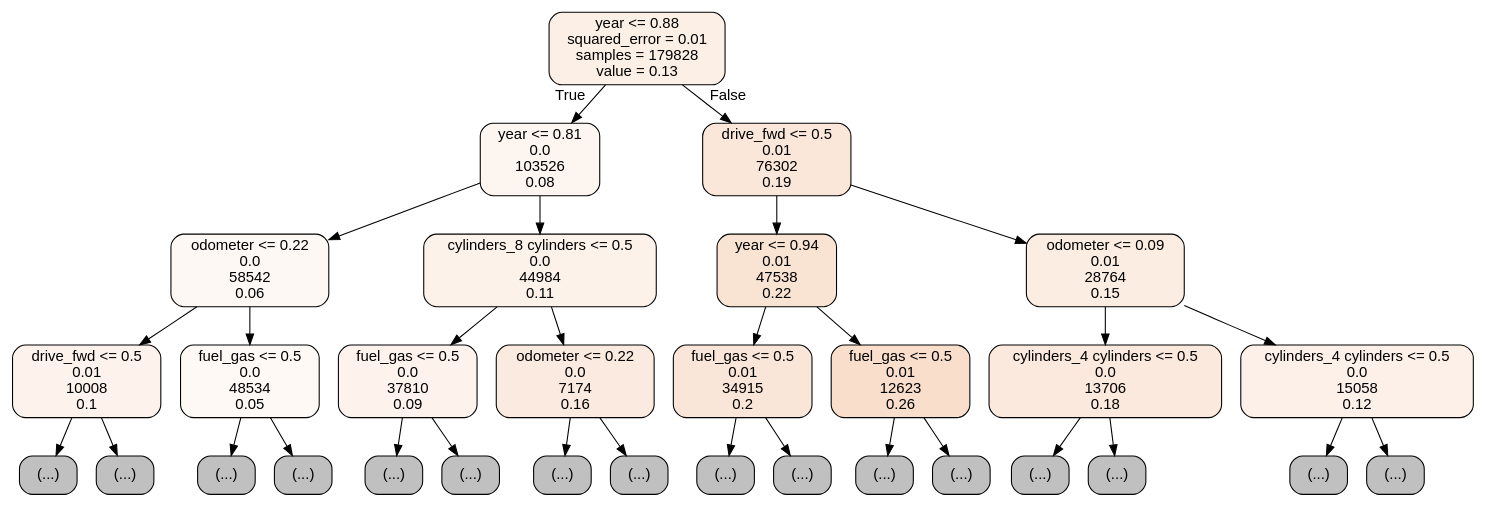
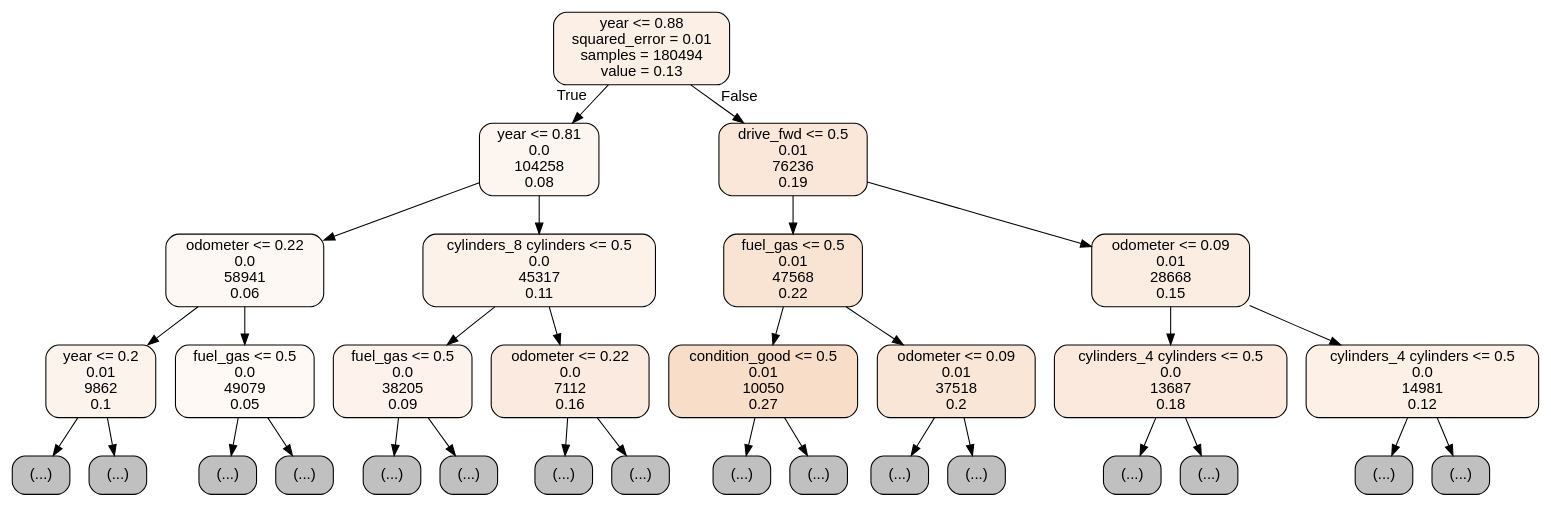
Before and after one commit to biancaportela/vendas_carros: the diagram in tree.dot, drawn with Graphviz. The commit also changed 1 other file, not shown here.

```diff
--- a/tree.dot
+++ b/tree.dot
@@ -1,65 +1,65 @@
 digraph Tree {
 node [shape=box, style="filled, rounded", color="black", fontname="helvetica"] ;
 edge [fontname="helvetica"] ;
-0 [label="year <= 0.88\nsquared_error = 0.01\nsamples = 179828\nvalue = 0.13", fillcolor="#fcefe6"] ;
-1 [label="year <= 0.81\n0.0\n103526\n0.08", fillcolor="#fdf5f0"] ;
+0 [label="year <= 0.88\nsquared_error = 0.01\nsamples = 180494\nvalue = 0.13", fillcolor="#fcefe6"] ;
+1 [label="year <= 0.81\n0.0\n104258\n0.08", fillcolor="#fdf5f0"] ;
 0 -> 1 [labeldistance=2.5, labelangle=45, headlabel="True"] ;
-2 [label="odometer <= 0.22\n0.0\n58542\n0.06", fillcolor="#fef8f4"] ;
+2 [label="odometer <= 0.22\n0.0\n58941\n0.06", fillcolor="#fef8f4"] ;
 1 -> 2 ;
-3 [label="drive_fwd <= 0.5\n0.01\n10008\n0.1", fillcolor="#fdf3ec"] ;
+3 [label="year <= 0.2\n0.01\n9862\n0.1", fillcolor="#fcf3ec"] ;
 2 -> 3 ;
 4 [label="(...)", fillcolor="#C0C0C0"] ;
 3 -> 4 ;
-10929 [label="(...)", fillcolor="#C0C0C0"] ;
-3 -> 10929 ;
-15788 [label="fuel_gas <= 0.5\n0.0\n48534\n0.05", fillcolor="#fef9f5"] ;
-2 -> 15788 ;
-15789 [label="(...)", fillcolor="#C0C0C0"] ;
-15788 -> 15789 ;
-22046 [label="(...)", fillcolor="#C0C0C0"] ;
-15788 -> 22046 ;
-94637 [label="cylinders_8 cylinders <= 0.5\n0.0\n44984\n0.11", fillcolor="#fcf2ea"] ;
-1 -> 94637 ;
-94638 [label="fuel_gas <= 0.5\n0.0\n37810\n0.09", fillcolor="#fdf3ec"] ;
-94637 -> 94638 ;
-94639 [label="(...)", fillcolor="#C0C0C0"] ;
-94638 -> 94639 ;
-99838 [label="(...)", fillcolor="#C0C0C0"] ;
-94638 -> 99838 ;
-147271 [label="odometer <= 0.22\n0.0\n7174\n0.16", fillcolor="#fbeadf"] ;
-94637 -> 147271 ;
-147272 [label="(...)", fillcolor="#C0C0C0"] ;
-147271 -> 147272 ;
-149491 [label="(...)", fillcolor="#C0C0C0"] ;
-147271 -> 149491 ;
-155366 [label="drive_fwd <= 0.5\n0.01\n76302\n0.19", fillcolor="#fae7da"] ;
-0 -> 155366 [labeldistance=2.5, labelangle=-45, headlabel="False"] ;
-155367 [label="year <= 0.94\n0.01\n47538\n0.22", fillcolor="#f9e4d4"] ;
-155366 -> 155367 ;
-155368 [label="fuel_gas <= 0.5\n0.01\n34915\n0.2", fillcolor="#fae6d8"] ;
-155367 -> 155368 ;
-155369 [label="(...)", fillcolor="#C0C0C0"] ;
-155368 -> 155369 ;
-161480 [label="(...)", fillcolor="#C0C0C0"] ;
-155368 -> 161480 ;
-195041 [label="fuel_gas <= 0.5\n0.01\n12623\n0.26", fillcolor="#f8decb"] ;
-155367 -> 195041 ;
-195042 [label="(...)", fillcolor="#C0C0C0"] ;
-195041 -> 195042 ;
-197481 [label="(...)", fillcolor="#C0C0C0"] ;
-195041 -> 197481 ;
-207408 [label="odometer <= 0.09\n0.01\n28764\n0.15", fillcolor="#fbede2"] ;
-155366 -> 207408 ;
-207409 [label="cylinders_4 cylinders <= 0.5\n0.0\n13706\n0.18", fillcolor="#fae9dc"] ;
-207408 -> 207409 ;
-207410 [label="(...)", fillcolor="#C0C0C0"] ;
-207409 -> 207410 ;
-217377 [label="(...)", fillcolor="#C0C0C0"] ;
-207409 -> 217377 ;
-220658 [label="cylinders_4 cylinders <= 0.5\n0.0\n15058\n0.12", fillcolor="#fcf0e8"] ;
-207408 -> 220658 ;
-220659 [label="(...)", fillcolor="#C0C0C0"] ;
-220658 -> 220659 ;
-232590 [label="(...)", fillcolor="#C0C0C0"] ;
-220658 -> 232590 ;
+1649 [label="(...)", fillcolor="#C0C0C0"] ;
+3 -> 1649 ;
+15268 [label="fuel_gas <= 0.5\n0.0\n49079\n0.05", fillcolor="#fef9f5"] ;
+2 -> 15268 ;
+15269 [label="(...)", fillcolor="#C0C0C0"] ;
+15268 -> 15269 ;
+21634 [label="(...)", fillcolor="#C0C0C0"] ;
+15268 -> 21634 ;
+94835 [label="cylinders_8 cylinders <= 0.5\n0.0\n45317\n0.11", fillcolor="#fcf2ea"] ;
+1 -> 94835 ;
+94836 [label="fuel_gas <= 0.5\n0.0\n38205\n0.09", fillcolor="#fdf3ec"] ;
+94835 -> 94836 ;
+94837 [label="(...)", fillcolor="#C0C0C0"] ;
+94836 -> 94837 ;
+100036 [label="(...)", fillcolor="#C0C0C0"] ;
+94836 -> 100036 ;
+148131 [label="odometer <= 0.22\n0.0\n7112\n0.16", fillcolor="#fbeadf"] ;
+94835 -> 148131 ;
+148132 [label="(...)", fillcolor="#C0C0C0"] ;
+148131 -> 148132 ;
+150341 [label="(...)", fillcolor="#C0C0C0"] ;
+148131 -> 150341 ;
+156124 [label="drive_fwd <= 0.5\n0.01\n76236\n0.19", fillcolor="#fae7d9"] ;
+0 -> 156124 [labeldistance=2.5, labelangle=-45, headlabel="False"] ;
+156125 [label="fuel_gas <= 0.5\n0.01\n47568\n0.22", fillcolor="#f9e4d4"] ;
+156124 -> 156125 ;
+156126 [label="condition_good <= 0.5\n0.01\n10050\n0.27", fillcolor="#f8ddc9"] ;
+156125 -> 156126 ;
+156127 [label="(...)", fillcolor="#C0C0C0"] ;
+156126 -> 156127 ;
+161612 [label="(...)", fillcolor="#C0C0C0"] ;
+156126 -> 161612 ;
+164705 [label="odometer <= 0.09\n0.01\n37518\n0.2", fillcolor="#fae6d7"] ;
+156125 -> 164705 ;
+164706 [label="(...)", fillcolor="#C0C0C0"] ;
+164705 -> 164706 ;
+183165 [label="(...)", fillcolor="#C0C0C0"] ;
+164705 -> 183165 ;
+208134 [label="odometer <= 0.09\n0.01\n28668\n0.15", fillcolor="#fbede2"] ;
+156124 -> 208134 ;
+208135 [label="cylinders_4 cylinders <= 0.5\n0.0\n13687\n0.18", fillcolor="#fae9dc"] ;
+208134 -> 208135 ;
+208136 [label="(...)", fillcolor="#C0C0C0"] ;
+208135 -> 208136 ;
+218145 [label="(...)", fillcolor="#C0C0C0"] ;
+208135 -> 218145 ;
+221466 [label="cylinders_4 cylinders <= 0.5\n0.0\n14981\n0.12", fillcolor="#fcf0e7"] ;
+208134 -> 221466 ;
+221467 [label="(...)", fillcolor="#C0C0C0"] ;
+221466 -> 221467 ;
+233504 [label="(...)", fillcolor="#C0C0C0"] ;
+221466 -> 233504 ;
 }
```
